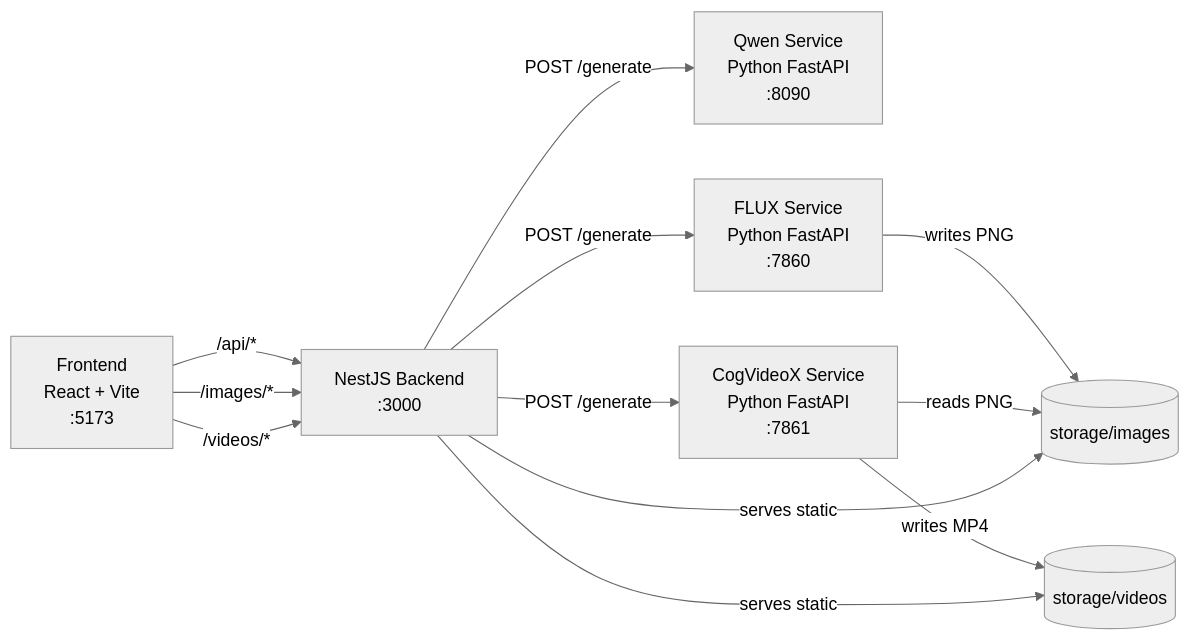
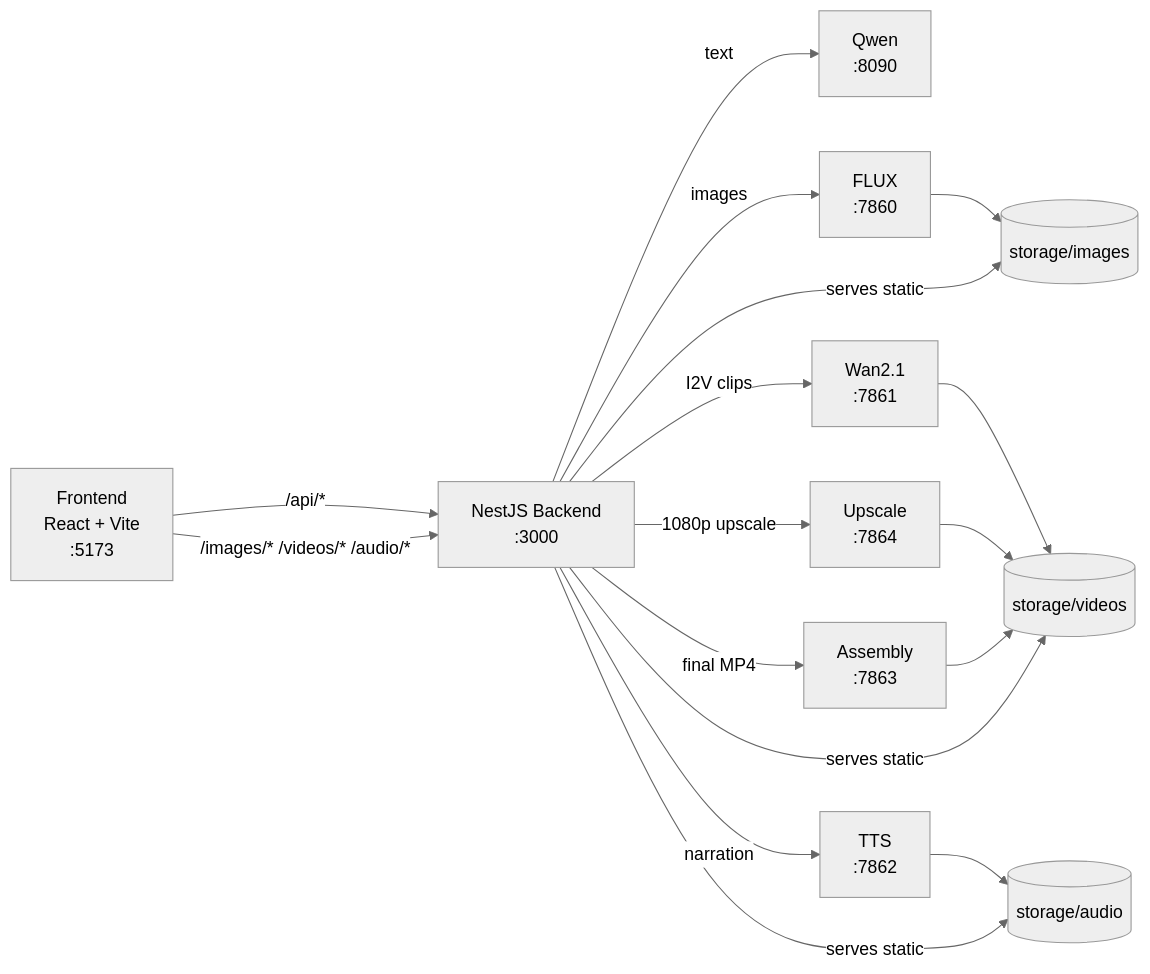
One commit to SandeepSuneja/ai-story-factory changed the diagram in README.md. Above: the diagram before and after it, drawn with Mermaid (neutral theme). The commit also changed other lines of this file and 91 other files, not shown here.

Commit message:
added WAN and made path for outside models as well for video generation

````diff
--- a/README.md
+++ b/README.md
@@ -24,14 +41,19 @@
 ```mermaid
 flowchart LR
     UI[Frontend<br/>React + Vite<br/>:5173] -->|/api/*| API[NestJS Backend<br/>:3000]
-    UI -->|/images/*| API
-    UI -->|/videos/*| API
-    API -->|POST /generate| Qwen[Qwen Service<br/>Python FastAPI<br/>:8090]
-    API -->|POST /generate| FLUX[FLUX Service<br/>Python FastAPI<br/>:7860]
-    API -->|POST /generate| CogVideo[CogVideoX Service<br/>Python FastAPI<br/>:7861]
-    FLUX -->|writes PNG| ImageStore[(storage/images)]
-    CogVideo -->|reads PNG| ImageStore
-    CogVideo -->|writes MP4| VideoStore[(storage/videos)]
+    UI -->|/images/* /videos/* /audio/*| API
+    API -->|text| Qwen[Qwen<br/>:8090]
+    API -->|images| FLUX[FLUX<br/>:7860]
+    API -->|I2V clips| Wan[Wan2.1<br/>:7861]
+    API -->|1080p upscale| Upscale[Upscale<br/>:7864]
+    API -->|narration| TTS[TTS<br/>:7862]
+    API -->|final MP4| Assembly[Assembly<br/>:7863]
+    FLUX --> ImageStore[(storage/images)]
+    Wan --> VideoStore[(storage/videos)]
+    Upscale --> VideoStore
+    TTS --> AudioStore[(storage/audio)]
+    Assembly --> VideoStore
     API -->|serves static| ImageStore
     API -->|serves static| VideoStore
+    API -->|serves static| AudioStore
 ```
````
